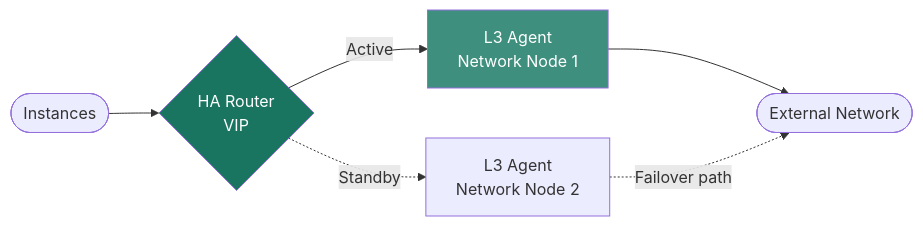
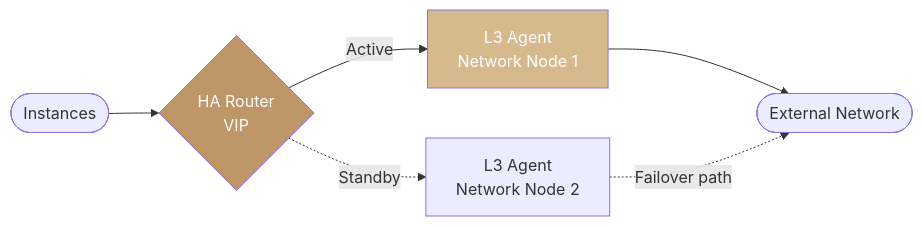
Before and after one commit to ankur-kumar87/docs-polystack: the diagram in services/networking/l3-routing.mdx, drawn with Mermaid. The commit also changed other lines of this file and 395 other files, not shown here.

````diff
--- a/services/networking/l3-routing.mdx
+++ b/services/networking/l3-routing.mdx
@@ -34,10 +34,10 @@
 ```mermaid
 graph LR
     INST([Instances]) --> HA_R{HA Router<br/>VIP}
     HA_R -->|Active| L3_1[L3 Agent<br/>Network Node 1]
     HA_R -.->|Standby| L3_2[L3 Agent<br/>Network Node 2]
     L3_1 --> EXT([External Network])
     L3_2 -.->|Failover path| EXT
-    style HA_R fill:#197560,color:#fff
-    style L3_1 fill:#3F8F7E,color:#fff
+    style HA_R fill:#bf9667,color:#fff
+    style L3_1 fill:#d7b98e,color:#fff
 ```
````
